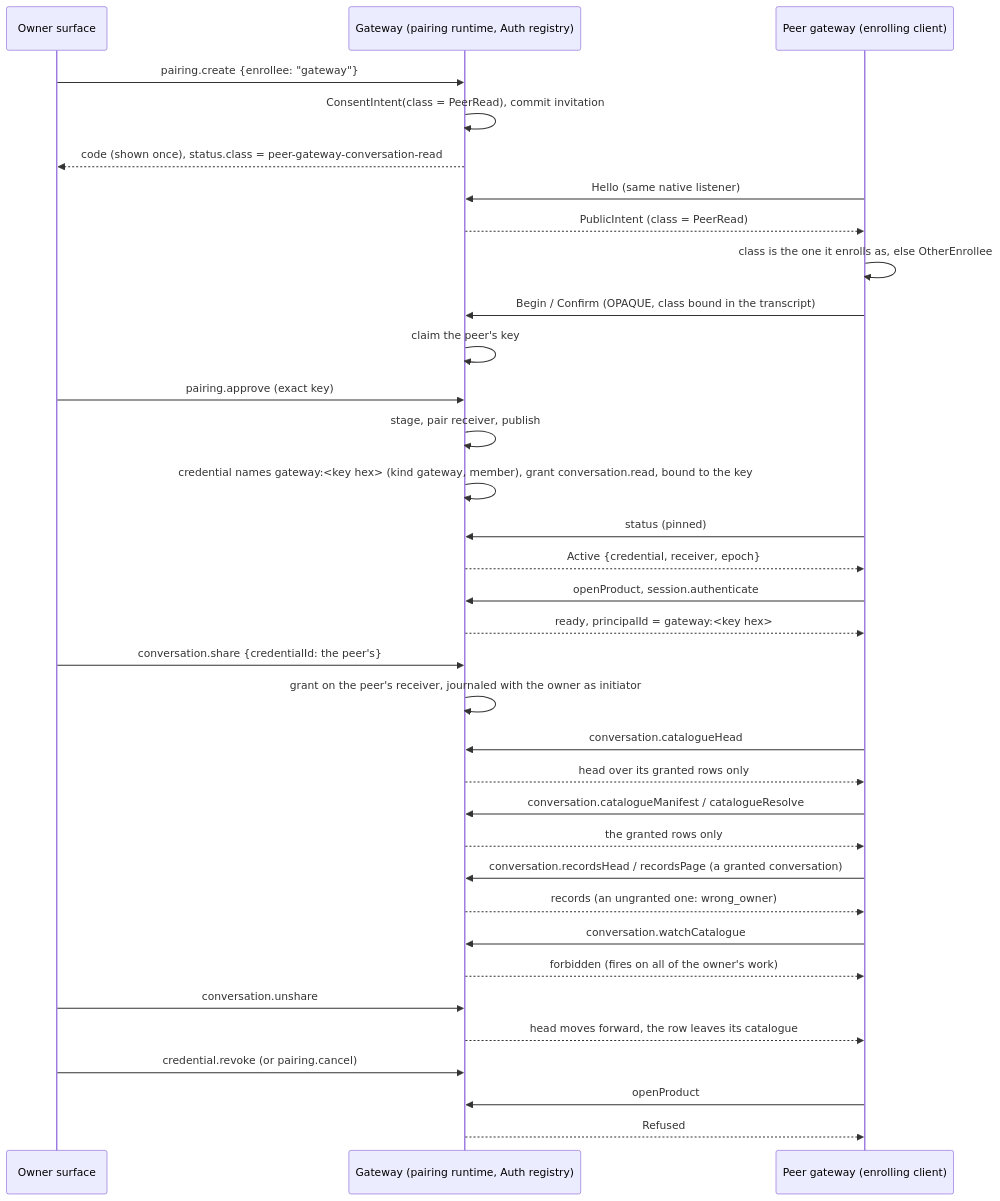
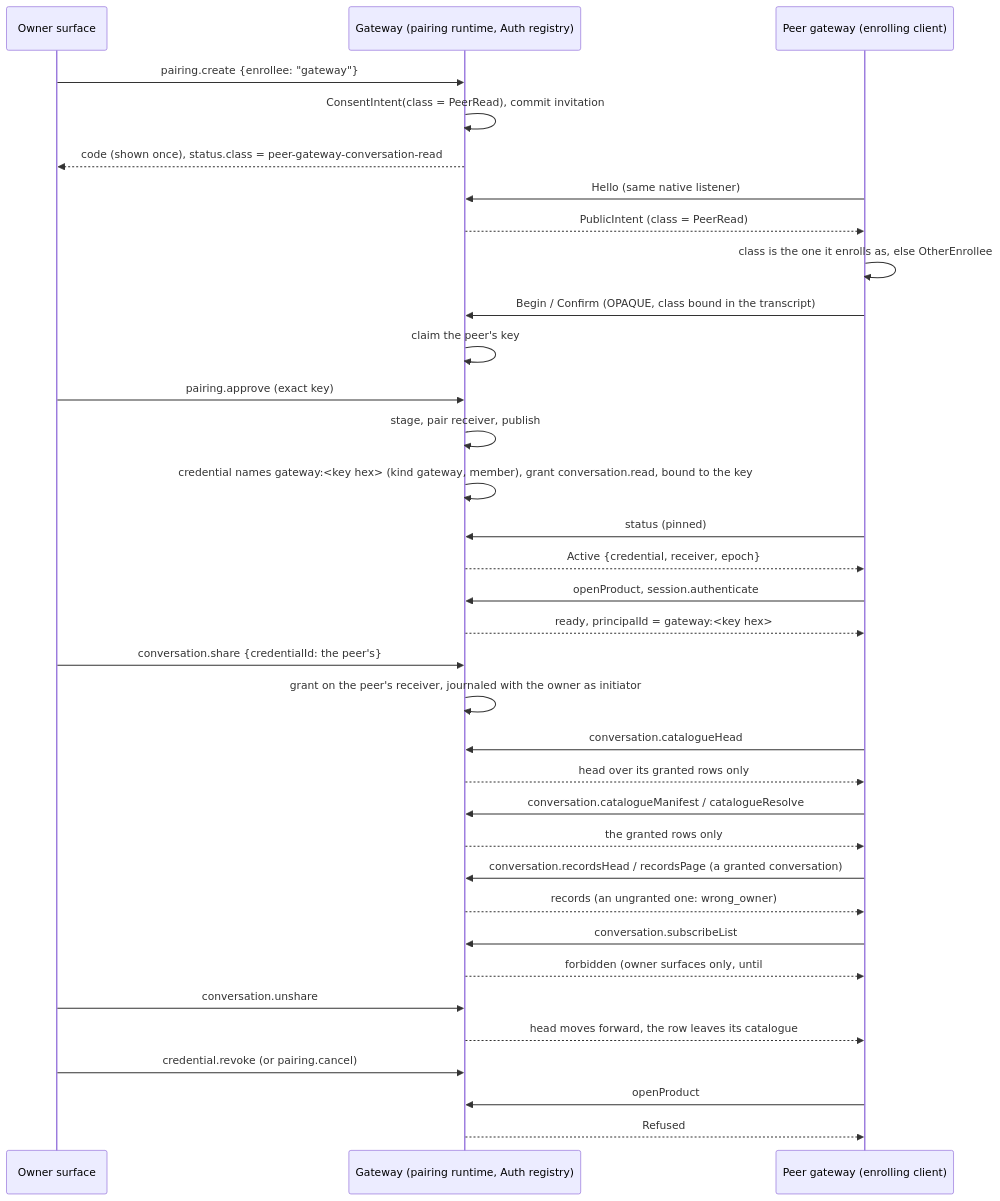
One commit to nessalabs/nessa-agent changed the first of 15 diagrams in docs/design/auth/peer-gateways.md. Above: the diagram before and after it, drawn with Mermaid. The commit also changed other lines of this file and 102 other files, not shown here.

First line of the commit message:
Follow conversations through conversation.subscribe and delete the product watch (#977)

````diff
--- a/docs/design/auth/peer-gateways.md
+++ b/docs/design/auth/peer-gateways.md
@@ -144,36 +144,36 @@
 ```mermaid
 sequenceDiagram
     participant Owner as Owner surface
     participant GW as Gateway (pairing runtime, Auth registry)
     participant Peer as Peer gateway (enrolling client)
     Owner->>GW: pairing.create {enrollee: "gateway"}
     GW->>GW: ConsentIntent(class = PeerRead), commit invitation
     GW-->>Owner: code (shown once), status.class = peer-gateway-conversation-read
     Peer->>GW: Hello (same native listener)
     GW-->>Peer: PublicIntent (class = PeerRead)
     Peer->>Peer: class is the one it enrolls as, else OtherEnrollee
     Peer->>GW: Begin / Confirm (OPAQUE, class bound in the transcript)
     GW->>GW: claim the peer's key
     Owner->>GW: pairing.approve (exact key)
     GW->>GW: stage, pair receiver, publish
     GW->>GW: credential names gateway:<key hex> (kind gateway, member), grant conversation.read, bound to the key
     Peer->>GW: status (pinned)
     GW-->>Peer: Active {credential, receiver, epoch}
     Peer->>GW: openProduct, session.authenticate
     GW-->>Peer: ready, principalId = gateway:<key hex>
     Owner->>GW: conversation.share {credentialId: the peer's}
     GW->>GW: grant on the peer's receiver, journaled with the owner as initiator
     Peer->>GW: conversation.catalogueHead
     GW-->>Peer: head over its granted rows only
     Peer->>GW: conversation.catalogueManifest / catalogueResolve
     GW-->>Peer: the granted rows only
     Peer->>GW: conversation.recordsHead / recordsPage (a granted conversation)
     GW-->>Peer: records (an ungranted one: wrong_owner)
-    Peer->>GW: conversation.watchCatalogue
-    GW-->>Peer: forbidden (fires on all of the owner's work)
+    Peer->>GW: conversation.subscribeList
+    GW-->>Peer: forbidden (owner surfaces only, until #724)
     Owner->>GW: conversation.unshare
     GW-->>Peer: head moves forward, the row leaves its catalogue
     Owner->>GW: credential.revoke (or pairing.cancel)
     Peer->>GW: openProduct
     GW-->>Peer: Refused
 ```
````
